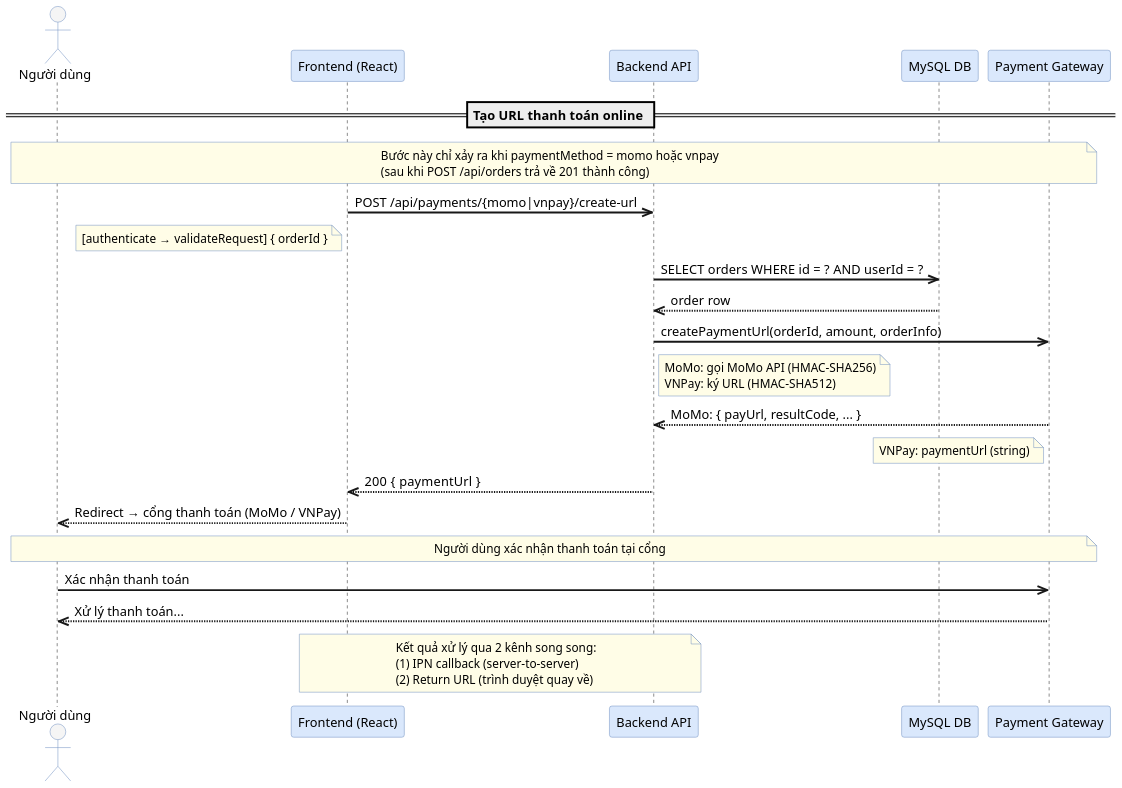
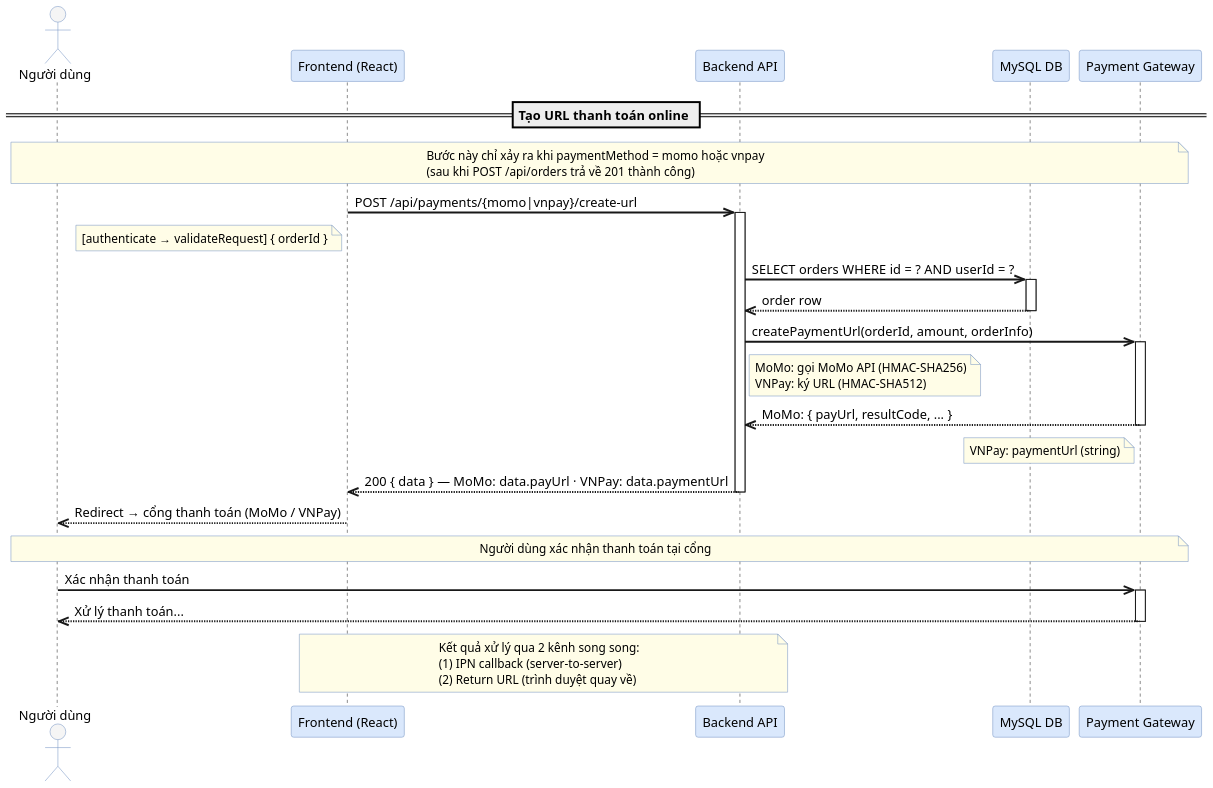
One commit to MinhThang1009/E-commerce-website changed the diagram in diagrams/sequence/sequence-02b-checkout-payment-url.puml. Above: the diagram before and after it, drawn with PlantUML. The commit also changed 32 other files, not shown here.

```diff
--- a/diagrams/sequence/sequence-02b-checkout-payment-url.puml
+++ b/diagrams/sequence/sequence-02b-checkout-payment-url.puml
@@ -1,64 +1,65 @@
 @startuml sequence-02b-checkout-payment-url
+autoactivate on
 ' Sơ đồ sequence — Checkout (2b): Tạo URL thanh toán online (§3.2b)
 ' Ground-truth: payment-service.js:120-131, 216-227 + momo-service.js + vnpay-service.js
 
 skinparam backgroundColor #FFFFFF
 skinparam shadowing false
 skinparam dpi 150
 skinparam sequenceArrowThickness 2
 skinparam sequenceGroupBorderThickness 1.5
 skinparam sequenceGroupBorderColor #999999
 skinparam sequenceParticipant {
   BorderColor #6C8EBF
   BackgroundColor #DAE8FC
 }
 skinparam sequenceActor {
   BackgroundColor #f5f5f5
   BorderColor #6C8EBF
 }
 skinparam noteBorderColor #6C8EBF
 skinparam noteBackgroundColor #fffde7
 skinparam responseMessageBelowArrow true
 skinparam defaultFontSize 13
 skinparam noteFontSize 12
 skinparam sequenceParticipantFontSize 13
 
 actor "Người dùng" as User
 participant "Frontend (React)" as FE
 participant "Backend API" as API
 participant "MySQL DB" as DB
 participant "Payment Gateway" as GW
 
 == Tạo URL thanh toán online ==
 
 note over User, GW
   Bước này chỉ xảy ra khi paymentMethod = momo hoặc vnpay
   (sau khi POST /api/orders trả về 201 thành công)
 end note
 
 FE ->> API : POST /api/payments/{momo|vnpay}/create-url
 note left of FE: [authenticate → validateRequest]  { orderId }
 API ->> DB : SELECT orders  WHERE id = ? AND userId = ?
 DB -->> API : order row
 API ->> GW : createPaymentUrl(orderId, amount, orderInfo)
 note right of API
   MoMo: gọi MoMo API (HMAC-SHA256)
   VNPay: ký URL (HMAC-SHA512)
 end note
 GW -->> API : MoMo: { payUrl, resultCode, ... }
 note left of GW: VNPay: paymentUrl (string)
-API -->> FE : 200  { paymentUrl }
+API -->> FE : 200  { data } — MoMo: data.payUrl · VNPay: data.paymentUrl
 FE -->> User : Redirect → cổng thanh toán (MoMo / VNPay)
 
 note over User, GW: Người dùng xác nhận thanh toán tại cổng
 
 User ->> GW : Xác nhận thanh toán
 GW -->> User : Xử lý thanh toán...
 
 note over FE, API
   Kết quả xử lý qua 2 kênh song song:
   (1) IPN callback (server-to-server)
   (2) Return URL (trình duyệt quay về)
 end note
 
 @enduml
```
